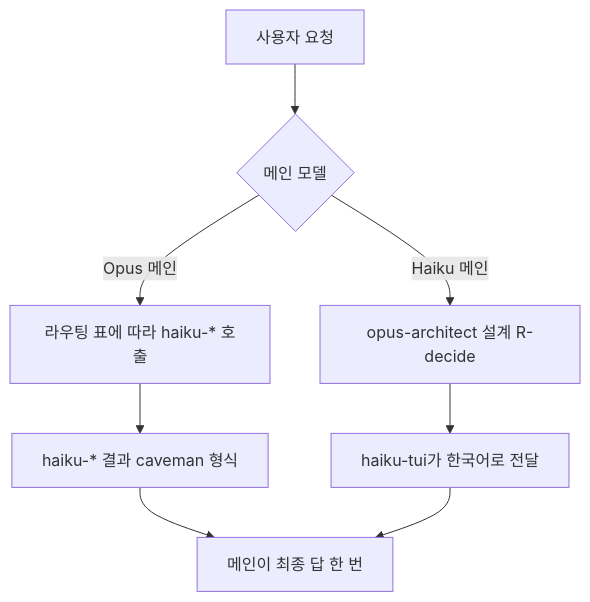
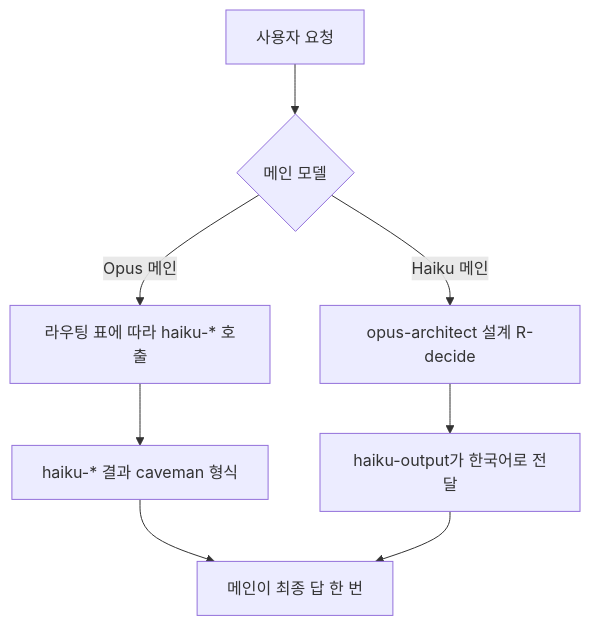
Before and after one commit to int-ttt/chaude: the diagram in docs/guide/models-and-agents.md, drawn with Mermaid. The commit also changed other lines of this file and 55 other files, not shown here.

````diff
--- a/docs/guide/models-and-agents.md
+++ b/docs/guide/models-and-agents.md
@@ -61,10 +61,10 @@
 ```mermaid
 flowchart TD
     U[사용자 요청] --> M{메인 모델}
     M -- Opus 메인 --> R[라우팅 표에 따라 haiku-* 호출]
     M -- Haiku 메인 --> A[opus-architect 설계 R-decide]
-    A --> T[haiku-tui가 한국어로 전달]
+    A --> T[haiku-output가 한국어로 전달]
     R --> W[haiku-* 결과 caveman 형식]
     W --> F[메인이 최종 답 한 번]
     T --> F
 ```
````
